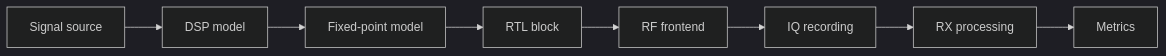
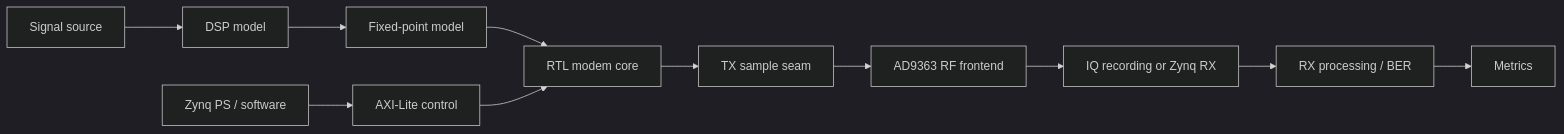
One commit to Lay007/zynq-sdr-course changed the diagram in blocks/block_11_integrated_sdr_project/lab_11_1_project_requirements_and_architecture.md. Above: the diagram before and after it, drawn with Mermaid (dark theme). The commit also changed other lines of this file and 8 other files, not shown here.

Commit message:
Document AXI-Lite BPSK handoff to AD9363

````diff
--- a/blocks/block_11_integrated_sdr_project/lab_11_1_project_requirements_and_architecture.md
+++ b/blocks/block_11_integrated_sdr_project/lab_11_1_project_requirements_and_architecture.md
@@ -24,10 +26,13 @@
 ```mermaid
 flowchart LR
     SRC[Signal source] --> DSP[DSP model]
     DSP --> FXP[Fixed-point model]
-    FXP --> RTL[RTL block]
-    RTL --> RF[RF frontend]
-    RF --> IQ[IQ recording]
-    IQ --> RX[RX processing]
+    FXP --> RTL[RTL modem core]
+    PS[Zynq PS / software] --> AXIL[AXI-Lite control]
+    AXIL --> RTL
+    RTL --> TXS[TX sample seam]
+    TXS --> RF[AD9363 RF frontend]
+    RF --> IQ[IQ recording or Zynq RX]
+    IQ --> RX[RX processing / BER]
     RX --> METRICS[Metrics]
 ```
````
